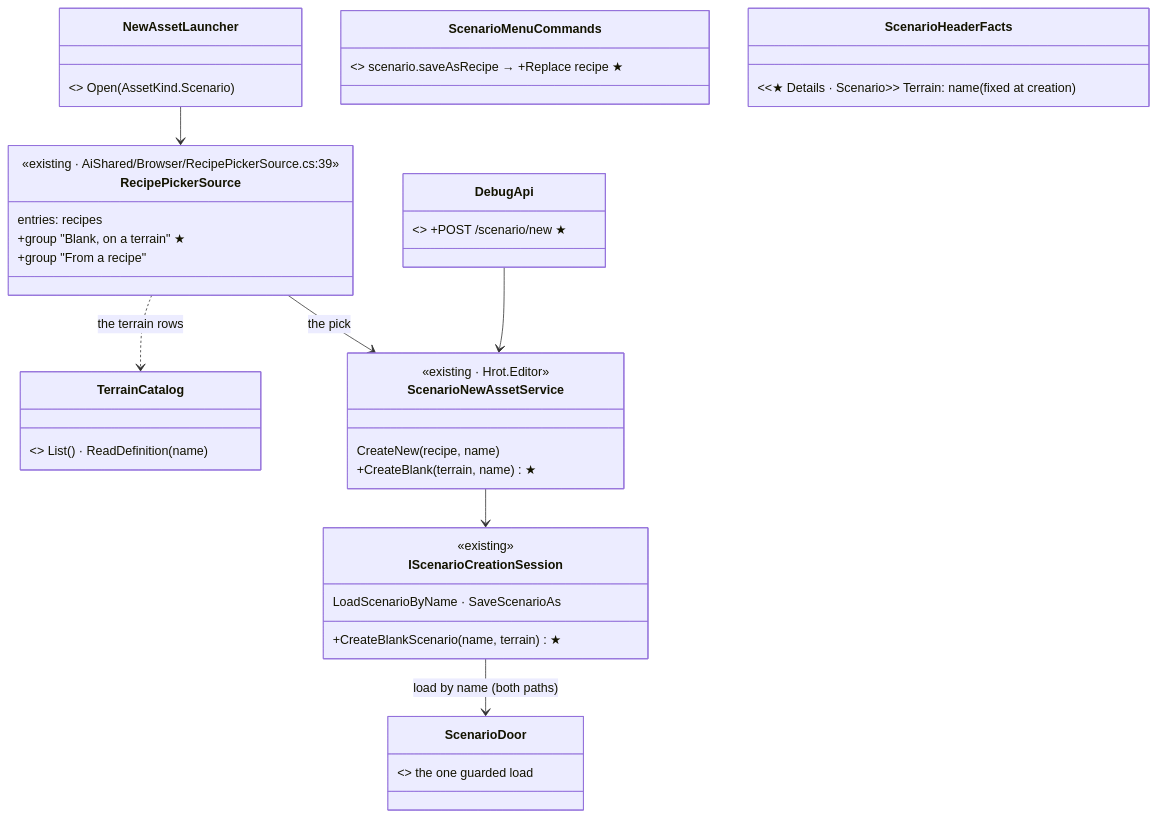
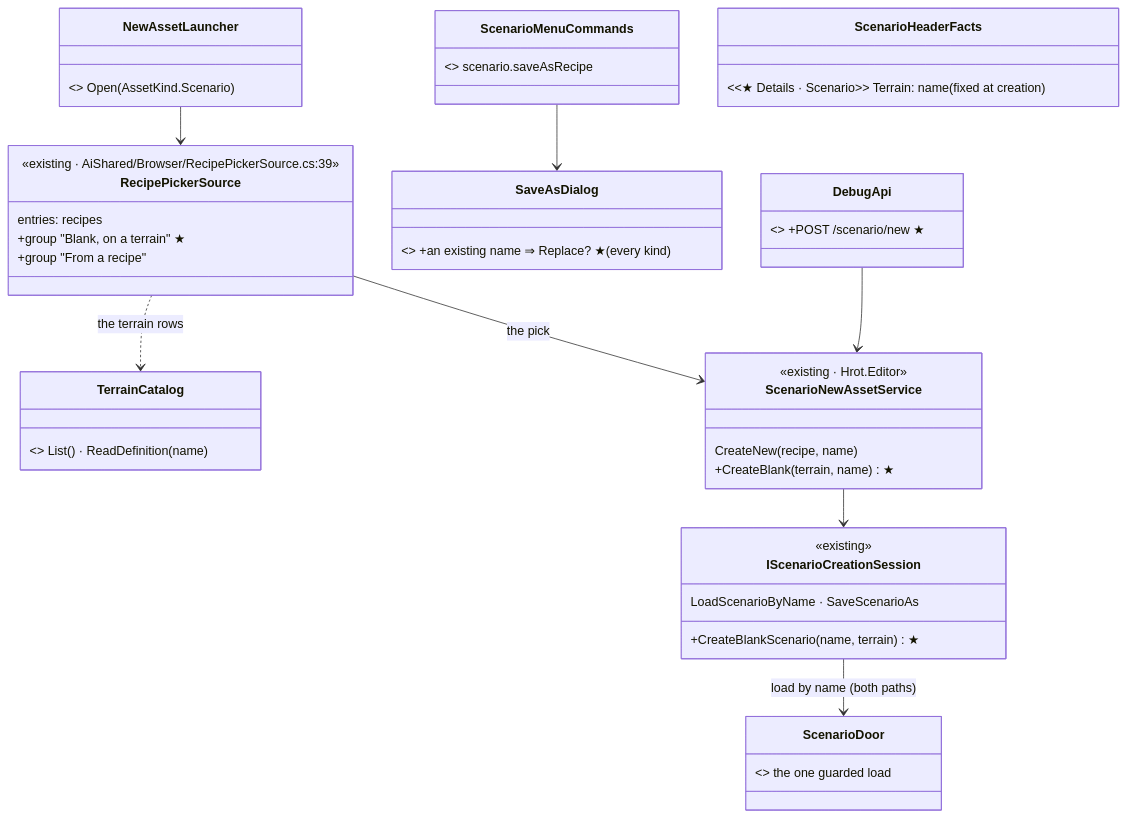
One commit to pjanec/HROT changed the first of 2 diagrams in docs/UX/DESIGN_New_Scenario_And_Recipe.md. Above: the diagram before and after it, drawn with Mermaid. The commit also changed other lines of this file and 4 other files, not shown here.

First line of the commit message:
Editing UX: new scenario and recipes approved (R-4135) — recipe update is a plain Save As, terrain thumbnails in git

````diff
--- a/docs/UX/DESIGN_New_Scenario_And_Recipe.md
+++ b/docs/UX/DESIGN_New_Scenario_And_Recipe.md
@@ -64,32 +64,34 @@
 ```mermaid
 classDiagram
   class NewAssetLauncher { <<existing · AiShared/Browser>> Open(AssetKind.Scenario) }
   class RecipePickerSource {
     <<existing · AiShared/Browser/RecipePickerSource.cs:39>>
     entries: recipes
     +group "Blank, on a terrain" ★
     +group "From a recipe"
   }
   class TerrainCatalog { <<existing · Terrain/TerrainCatalog.cs>> List() · ReadDefinition(name) }
   class ScenarioNewAssetService {
     <<existing · Hrot.Editor>>
     CreateNew(recipe, name)
     +CreateBlank(terrain, name) ★
   }
   class IScenarioCreationSession {
     <<existing>>
     LoadScenarioByName · SaveScenarioAs
     +CreateBlankScenario(name, terrain) ★
   }
   class ScenarioDoor { <<existing · AQ108>> the one guarded load }
-  class ScenarioMenuCommands { <<existing>> scenario.saveAsRecipe → +Replace recipe ★ }
+  class ScenarioMenuCommands { <<existing>> scenario.saveAsRecipe }
+  class SaveAsDialog { <<existing · AiShared/Recipes/SaveAsDialog.cs>> +an existing name ⇒ Replace? ★ (every kind) }
+  ScenarioMenuCommands --> SaveAsDialog
   class ScenarioHeaderFacts { <<★ Details · Scenario>> Terrain: name (fixed at creation) }
   class DebugApi { <<existing>> +POST /scenario/new ★ }
 
   NewAssetLauncher --> RecipePickerSource
   RecipePickerSource ..> TerrainCatalog : the terrain rows
   RecipePickerSource --> ScenarioNewAssetService : the pick
   ScenarioNewAssetService --> IScenarioCreationSession
   IScenarioCreationSession --> ScenarioDoor : load by name (both paths)
   DebugApi --> ScenarioNewAssetService
 ```
````
